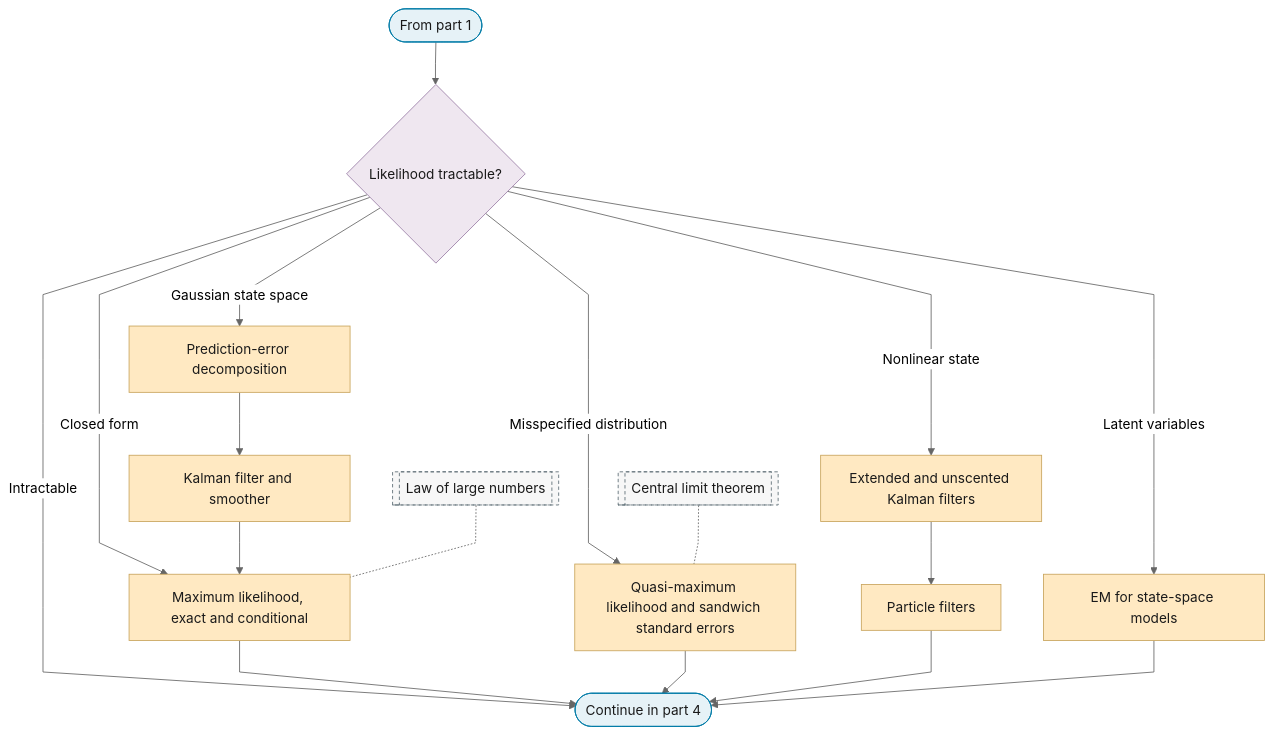
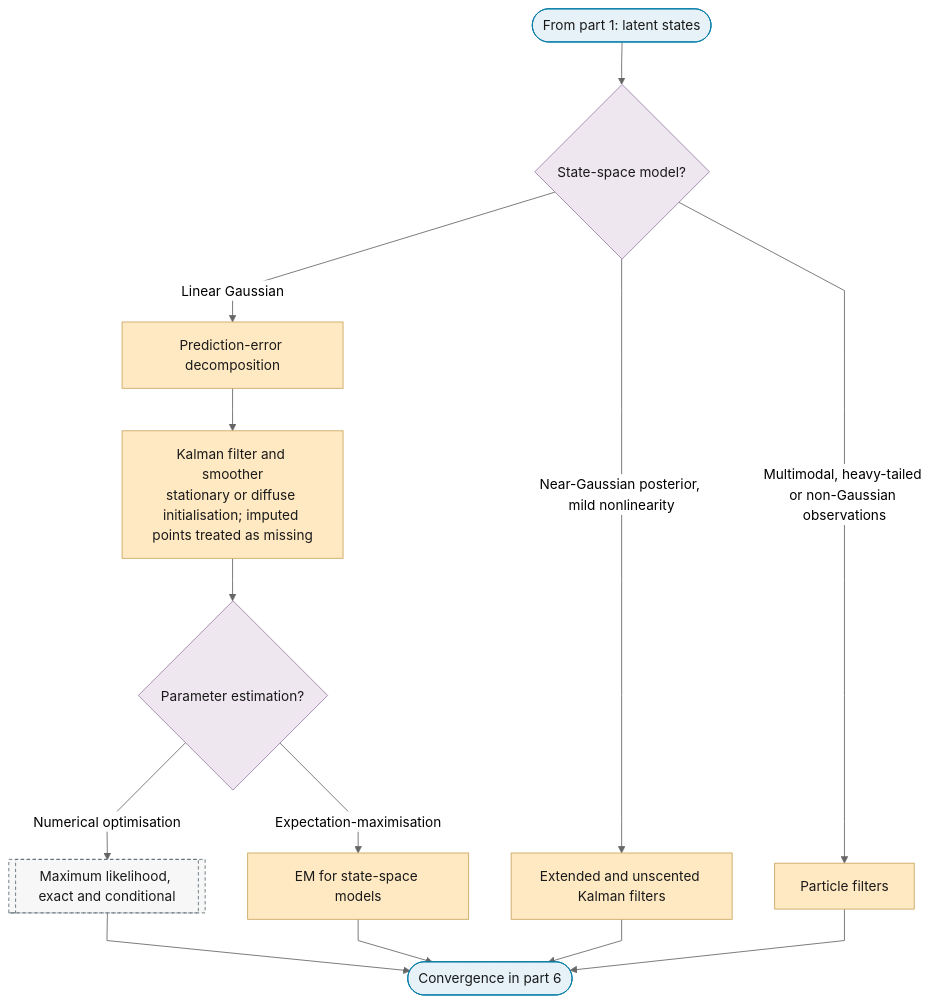
Before and after one commit to Shuxin-Y/time-series-analysis-manual: the fifth of 6 diagrams in docs/01-workflow/p08-estimation.md, drawn with Mermaid (neutral theme). The commit also changed other lines of this file and 2 other files, not shown here.

First line of the commit message:
feat(p8): prior and model kind first, endogeneity, joint ML, spectral likelihood

````diff
--- a/docs/01-workflow/p08-estimation.md
+++ b/docs/01-workflow/p08-estimation.md
@@ -63,29 +123,25 @@
 ```mermaid
 %%{init: {"flowchart": {"curve": "linear"}}}%%
 graph TD
-    P8_PART_3_IN(["From part 1"]) --> P8_LIKELIHOOD{"Likelihood tractable?"}
-    P8_LIKELIHOOD -->|"Gaussian state space"| P8_PREDICTION_ERROR["Prediction-error decomposition"]
-    P8_LIKELIHOOD -->|"Closed form"| P8_MLE
-    P8_LIKELIHOOD -->|"Misspecified distribution"| P8_QMLE["Quasi-maximum likelihood and sandwich standard errors"]
-    P8_LIKELIHOOD -->|"Nonlinear state"| P8_NONLINEAR_FILTERS["Extended and unscented Kalman filters"]
-    P8_LIKELIHOOD -->|"Latent variables"| P8_EM["EM for state-space models"]
-    P8_LIKELIHOOD -->|"Intractable"| P8_TO_PART_4
-    P8_PREDICTION_ERROR --> P8_KALMAN["Kalman filter and smoother"]
-    P8_KALMAN --> P8_MLE["Maximum likelihood, exact and conditional"]
-    P8_NONLINEAR_FILTERS --> P8_PARTICLE_FILTERS["Particle filters"]
-    P8_MLE & P8_QMLE & P8_PARTICLE_FILTERS & P8_EM --> P8_TO_PART_4(["Continue in part 4"])
-    F_LLN[["Law of large numbers"]] -.- P8_MLE
-    F_CLT[["Central limit theorem"]] -.- P8_QMLE
-    class P8_PREDICTION_ERROR,P8_QMLE,P8_NONLINEAR_FILTERS,P8_EM,P8_KALMAN,P8_MLE,P8_PARTICLE_FILTERS escalate
-    class P8_PART_3_IN,P8_TO_PART_4 terminator
-    class P8_LIKELIHOOD decision
-    class F_LLN,F_CLT ref
+    P8_PART_5_IN(["From part 1: latent states"]) --> P8_STATE_Q{"State-space model?"}
+    P8_STATE_Q -->|"Linear Gaussian"| P8_PREDICTION_ERROR["Prediction-error decomposition"]
+    P8_STATE_Q -->|"Near-Gaussian posterior, mild nonlinearity"| P8_NONLINEAR_FILTERS["Extended and unscented Kalman filters"]
+    P8_STATE_Q -->|"Multimodal, heavy-tailed or non-Gaussian observations"| P8_PARTICLE_FILTERS["Particle filters"]
+    P8_PREDICTION_ERROR --> P8_KALMAN["Kalman filter and smoother<br/>stationary or diffuse initialisation; imputed points treated as missing"]
+    P8_KALMAN --> P8_KALMAN_FIT{"Parameter estimation?"}
+    P8_KALMAN_FIT -->|"Numerical optimisation"| P8_MLE[["Maximum likelihood, exact and conditional"]]
+    P8_KALMAN_FIT -->|"Expectation-maximisation"| P8_EM["EM for state-space models"]
+    P8_MLE & P8_EM & P8_NONLINEAR_FILTERS & P8_PARTICLE_FILTERS --> P8_PART_5_OUT(["Convergence in part 6"])
+    class P8_PREDICTION_ERROR,P8_KALMAN,P8_EM,P8_NONLINEAR_FILTERS,P8_PARTICLE_FILTERS escalate
+    class P8_PART_5_IN,P8_PART_5_OUT terminator
+    class P8_STATE_Q,P8_KALMAN_FIT decision
+    class P8_MLE ref
     classDef terminator fill:#E6F2F7,stroke:#007BA7,color:#1A1A1A;
     classDef process fill:#FFFFFF,stroke:#5A6B73,color:#1A1A1A;
     classDef decision fill:#EFE7F0,stroke:#9B7FA7,color:#1A1A1A;
     classDef data fill:#FFF4E0,stroke:#C9A55E,color:#1A1A1A;
     classDef good fill:#DCEFD8,stroke:#4A7A3F,color:#1A1A1A;
     classDef escalate fill:#FFE9C2,stroke:#C9A55E,color:#1A1A1A;
     classDef problem fill:#F2D9DE,stroke:#800020,color:#1A1A1A;
     classDef ref fill:#F7F7F7,stroke:#5A6B73,color:#1A1A1A,stroke-dasharray:4 3;
 ```
````
